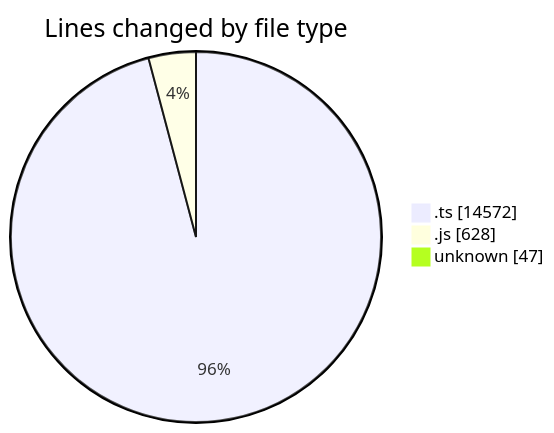
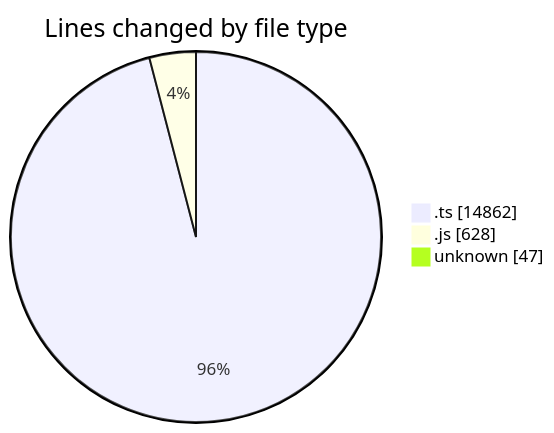
Before and after one commit to momahboobian/code-tracking: the first of 2 diagrams in 2025-09-05/cda/README.md, drawn with Mermaid. The commit also changed other lines of this file and 1 other file, not shown here.

````diff
--- a/2025-09-05/cda/README.md
+++ b/2025-09-05/cda/README.md
@@ -27,7 +28,7 @@
 ```mermaid
 pie showData
 title Lines changed by file type
-".ts" : 14572
+".ts" : 14862
 ".js" : 628
 "unknown" : 47
 ```
````
